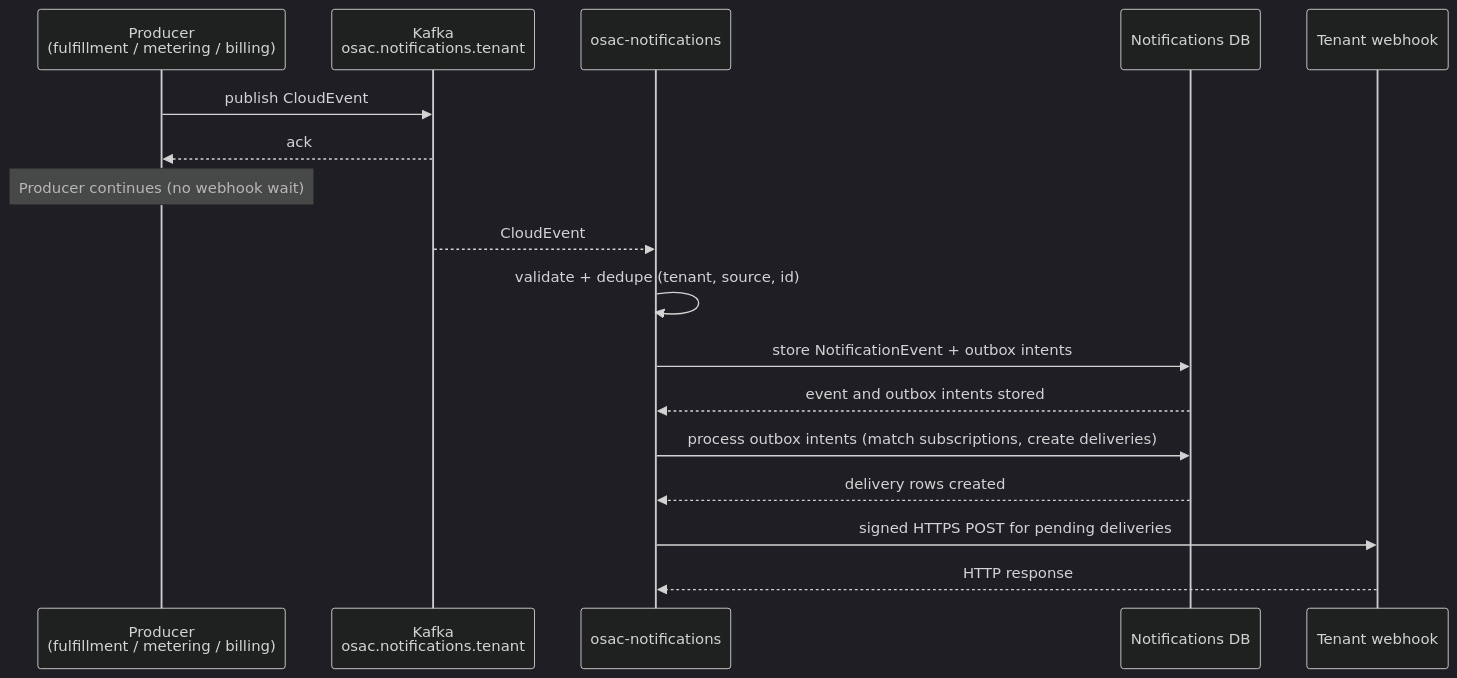
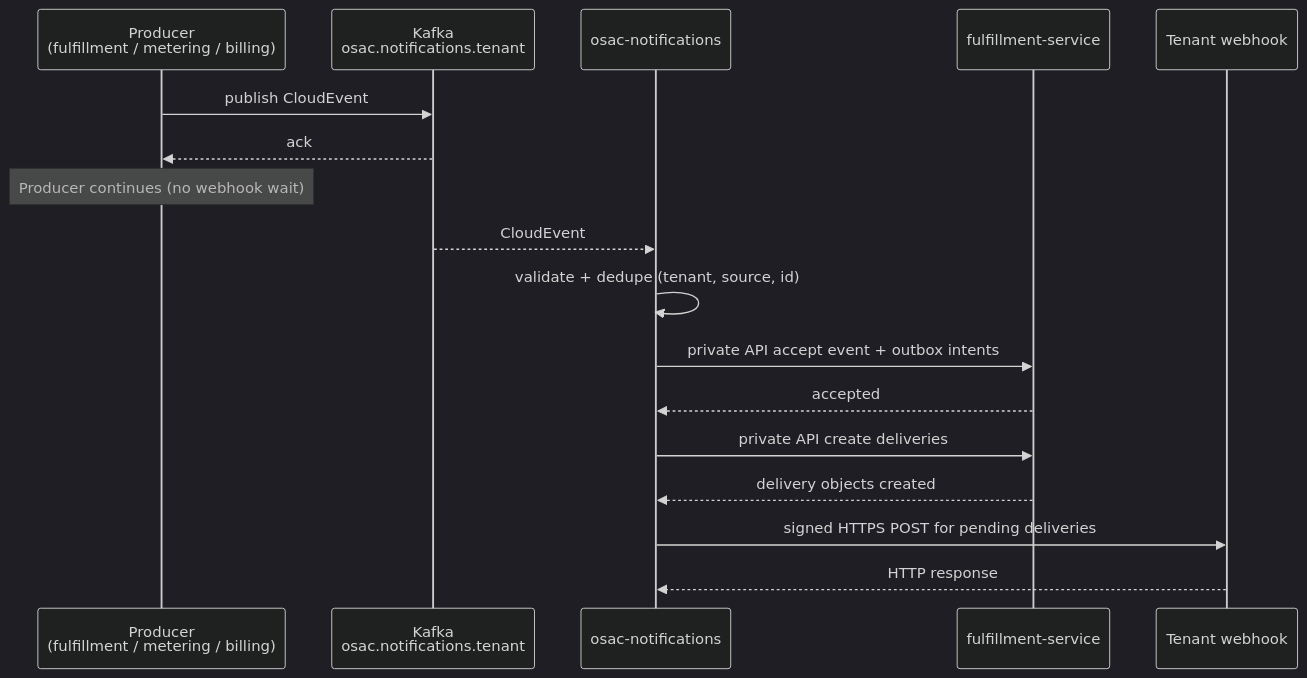
Before and after one commit to osac-project/enhancement-proposals: the third of 3 diagrams in enhancements/OSAC-75-notifications/design.md, drawn with Mermaid (dark theme). The commit also changed other lines of this file, not shown here.

Commit message:
OSAC-75: Update architecture

````diff
--- a/enhancements/OSAC-75-notifications/design.md
+++ b/enhancements/OSAC-75-notifications/design.md
@@ -181,19 +176,19 @@
 ```mermaid
 sequenceDiagram
     participant Prod as Producer <br>(fulfillment / metering / billing)
     participant Kafka as Kafka <br>osac.notifications.tenant
     participant N as osac-notifications
-    participant DB as Notifications DB
+    participant FS as fulfillment-service
     participant Hook as Tenant webhook
     Prod ->> Kafka: publish CloudEvent
     Kafka -->> Prod: ack
     Note over Prod: Producer continues (no webhook wait)
     Kafka -->> N: CloudEvent
     N ->> N: validate + dedupe (tenant, source, id)
-    N ->> DB: store NotificationEvent + outbox intents
-    DB -->> N: event and outbox intents stored
-    N ->> DB: process outbox intents (match subscriptions, create deliveries)
-    DB -->> N: delivery rows created
+    N ->> FS: private API accept event + outbox intents
+    FS -->> N: accepted
+    N ->> FS: private API create deliveries
+    FS -->> N: delivery objects created
     N ->> Hook: signed HTTPS POST for pending deliveries
     Hook -->> N: HTTP response
 ```
````
